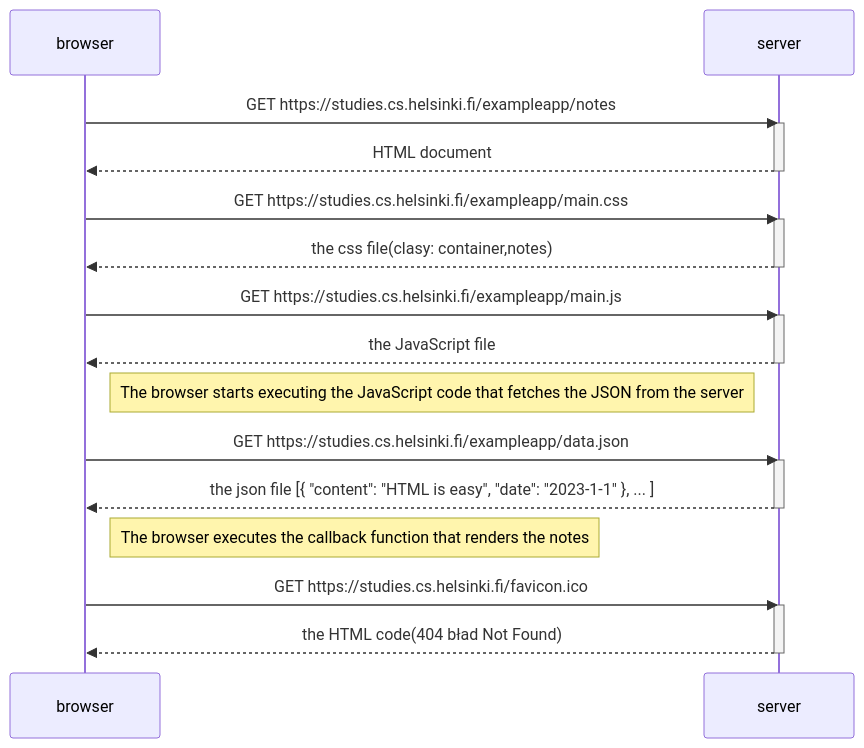
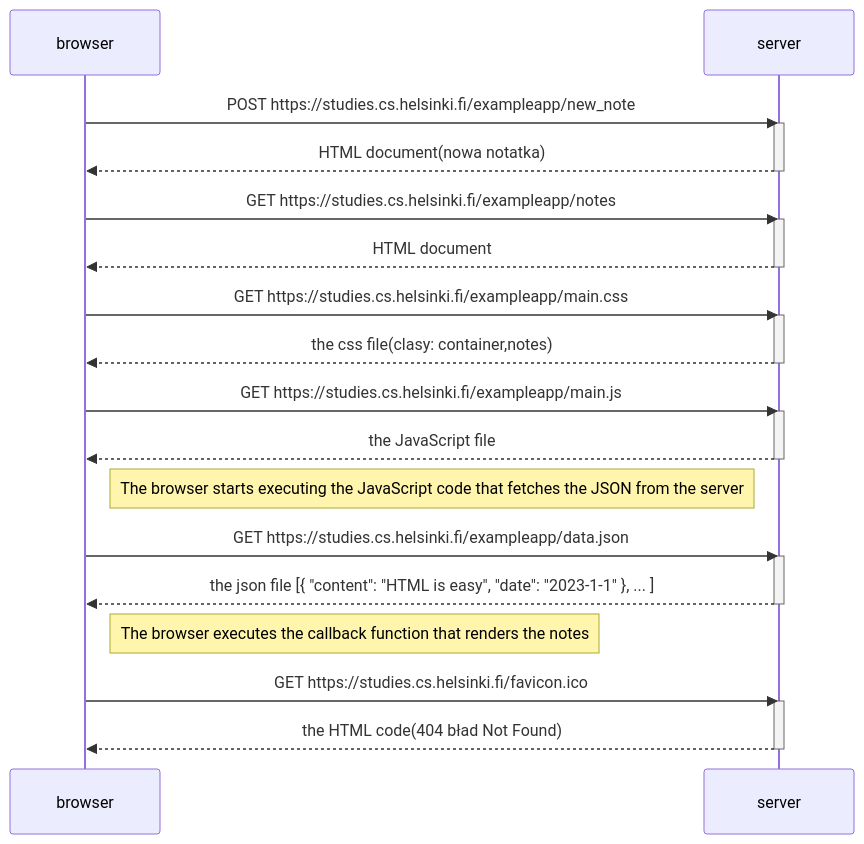
One commit to Prusinowskaa/FullStack changed the diagram in Part0/diagram_notes.md. Above: the diagram before and after it, drawn with Mermaid. The commit also changed 1 other file, not shown here.

````diff
--- a/Part0/diagram_notes.md
+++ b/Part0/diagram_notes.md
@@ -1,34 +1,39 @@
 ```mermaid
 sequenceDiagram
         participant browser
         participant server
+
+        browser->>server: POST https://studies.cs.helsinki.fi/exampleapp/new_note
+        activate server
+        server-->>browser: HTML document(nowa notatka)
+        deactivate server
 
         browser->>server: GET https://studies.cs.helsinki.fi/exampleapp/notes
         activate server
         server-->>browser: HTML document
         deactivate server
 
         browser->>server: GET https://studies.cs.helsinki.fi/exampleapp/main.css
         activate server
         server-->>browser: the css file(clasy: container,notes)
         deactivate server
 
         browser->>server: GET https://studies.cs.helsinki.fi/exampleapp/main.js
         activate server
         server-->>browser: the JavaScript file
         deactivate server
         
         Note right of browser: The browser starts executing the JavaScript code that fetches the JSON from the server
 
         browser->>server: GET https://studies.cs.helsinki.fi/exampleapp/data.json
         activate server
         server-->>browser: the json file [{ "content": "HTML is easy", "date": "2023-1-1" }, ... ]
         deactivate server
 
         Note right of browser: The browser executes the callback function that renders the notes
 
         browser->>server: GET https://studies.cs.helsinki.fi/favicon.ico
         activate server
         server-->>browser: the HTML code(404 bład Not Found)
         deactivate server   
 ```
````
